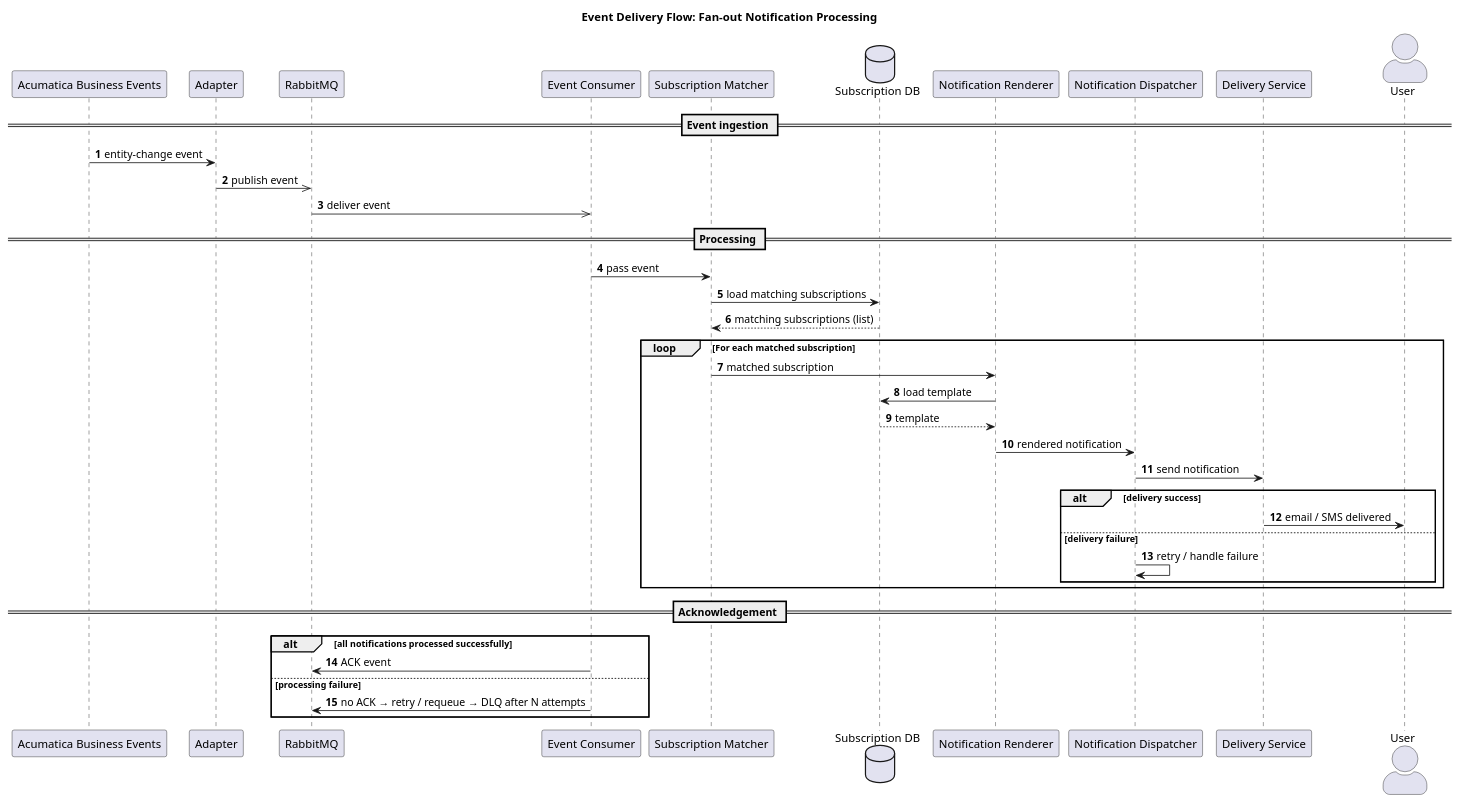
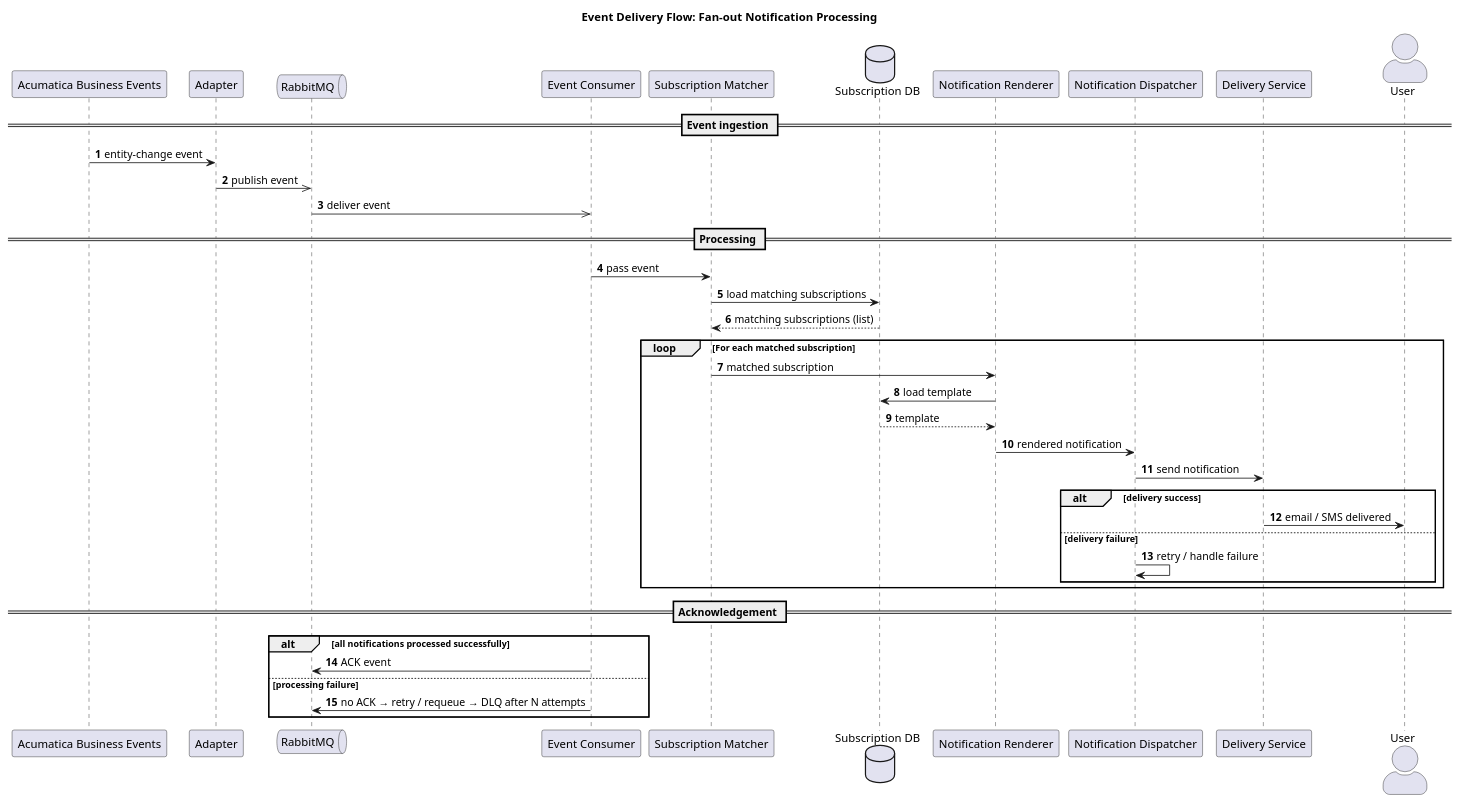
Before and after one commit to NikpeFreiheit/user-notification-subscription-acumatica: the diagram in docs/architecture/seq-event-delivery.puml, drawn with PlantUML. The commit also changed 2 other files, not shown here.

Commit message:
Update: conceptual-er-model, FR-023

```diff
--- a/docs/architecture/seq-event-delivery.puml
+++ b/docs/architecture/seq-event-delivery.puml
@@ -1,58 +1,58 @@
 @startuml
 
 autonumber
 skinparam actorStyle awesome
 title "Event Delivery Flow: Fan-out Notification Processing"
 
 participant "Acumatica Business Events" as be
 participant "Adapter" as adapter
-participant "RabbitMQ" as rmq
+queue "RabbitMQ" as rmq
 participant "Event Consumer" as consumer
 participant "Subscription Matcher" as matcher
 database "Subscription DB" as db
 participant "Notification Renderer" as renderer
 participant "Notification Dispatcher" as dispatcher
 participant "Delivery Service" as delivery
 actor "User" as user
 
 == Event ingestion ==
 
 be -> adapter : entity-change event
 adapter ->> rmq : publish event
 rmq ->> consumer : deliver event
 
 == Processing ==
 
 consumer -> matcher : pass event
 
 matcher -> db : load matching subscriptions
 db --> matcher : matching subscriptions (list)
 
 loop For each matched subscription
 
     matcher -> renderer : matched subscription
 
     renderer -> db : load template
     db --> renderer : template
 
     renderer -> dispatcher : rendered notification
 
     dispatcher -> delivery : send notification
 
     alt delivery success
         delivery -> user : email / SMS delivered
     else delivery failure
         dispatcher -> dispatcher : retry / handle failure
     end
 
 end
 
 == Acknowledgement ==
 
 alt all notifications processed successfully
     consumer -> rmq : ACK event
 else processing failure
     consumer -> rmq : no ACK → retry / requeue → DLQ after N attempts
 end
 
 @enduml
```
